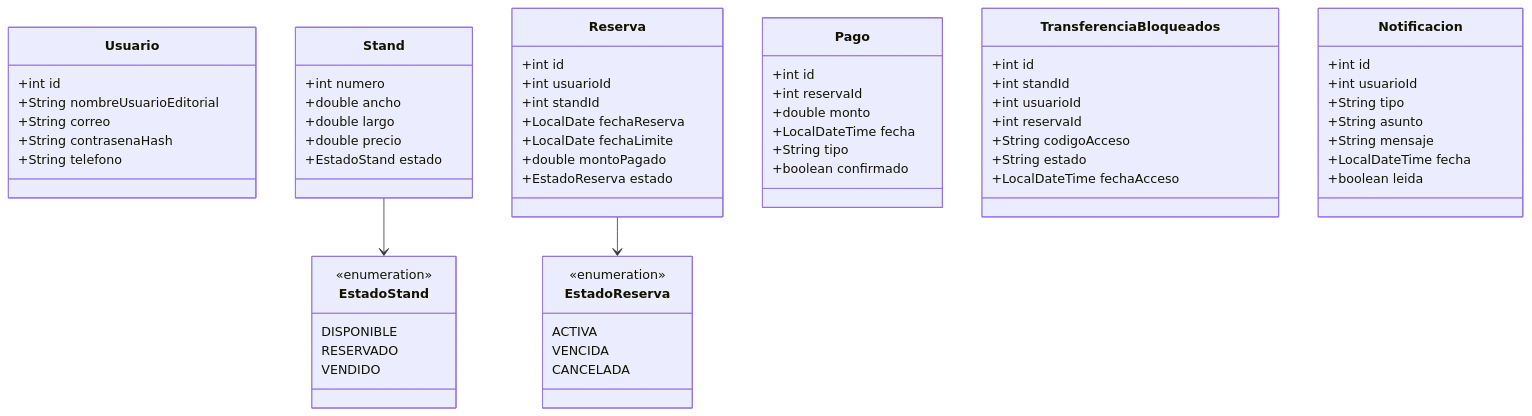
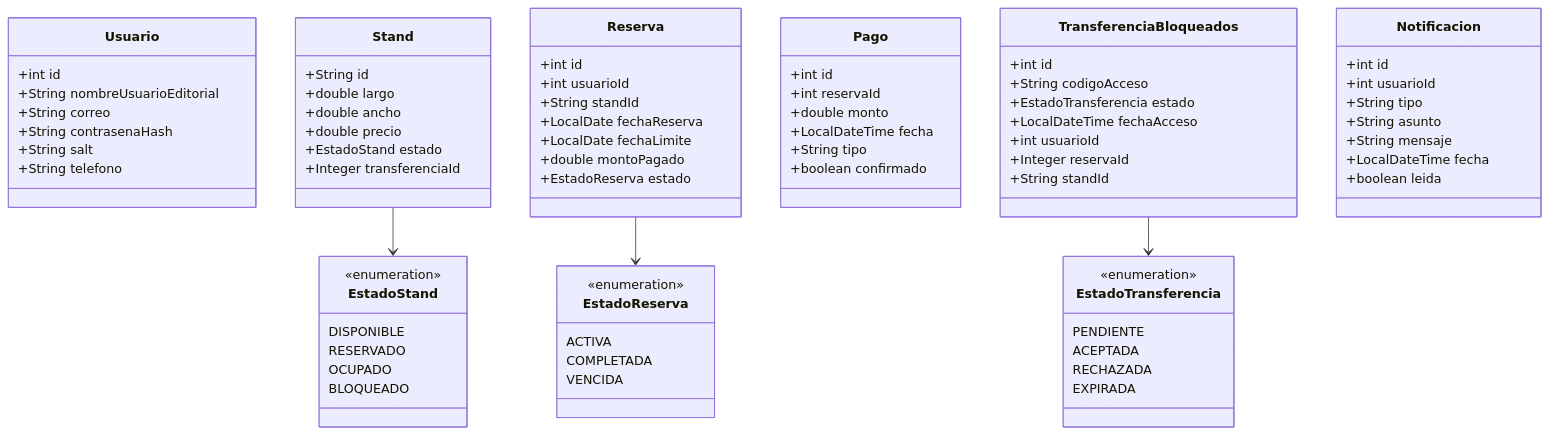
One commit to Javtamata145/StandsFiley-POO changed the first of 9 diagrams in Stands-Filey/DiagramaClases/DiagramaClases.md. Above: the diagram before and after it, drawn with Mermaid. The commit also changed other lines of this file and 23 other files, not shown here.

````diff
--- a/Stands-Filey/DiagramaClases/DiagramaClases.md
+++ b/Stands-Filey/DiagramaClases/DiagramaClases.md
@@ -47,21 +47,23 @@
   +String nombreUsuarioEditorial
   +String correo
   +String contrasenaHash
+  +String salt
   +String telefono
 }
 
 class Stand {
-  +int numero
+  +String id
+  +double largo
   +double ancho
-  +double largo
   +double precio
   +EstadoStand estado
+  +Integer transferenciaId
 }
 
 class Reserva {
   +int id
   +int usuarioId
-  +int standId
+  +String standId
   +LocalDate fechaReserva
   +LocalDate fechaLimite
   +double montoPagado
@@ -79,12 +81,12 @@
 
 class TransferenciaBloqueados {
   +int id
-  +int standId
+  +String codigoAcceso
+  +EstadoTransferencia estado
+  +LocalDateTime fechaAcceso
   +int usuarioId
-  +int reservaId
-  +String codigoAcceso
-  +String estado
-  +LocalDateTime fechaAcceso
+  +Integer reservaId
+  +String standId
 }
 
 class Notificacion {
@@ -101,16 +103,26 @@
   <<enumeration>>
   DISPONIBLE
   RESERVADO
-  VENDIDO
+  OCUPADO
+  BLOQUEADO
 }
 
 class EstadoReserva {
   <<enumeration>>
   ACTIVA
+  COMPLETADA
   VENCIDA
-  CANCELADA
+}
+
+class EstadoTransferencia {
+  <<enumeration>>
+  PENDIENTE
+  ACEPTADA
+  RECHAZADA
+  EXPIRADA
 }
 
 Stand --> EstadoStand
 Reserva --> EstadoReserva
+TransferenciaBloqueados --> EstadoTransferencia
 ```
````
